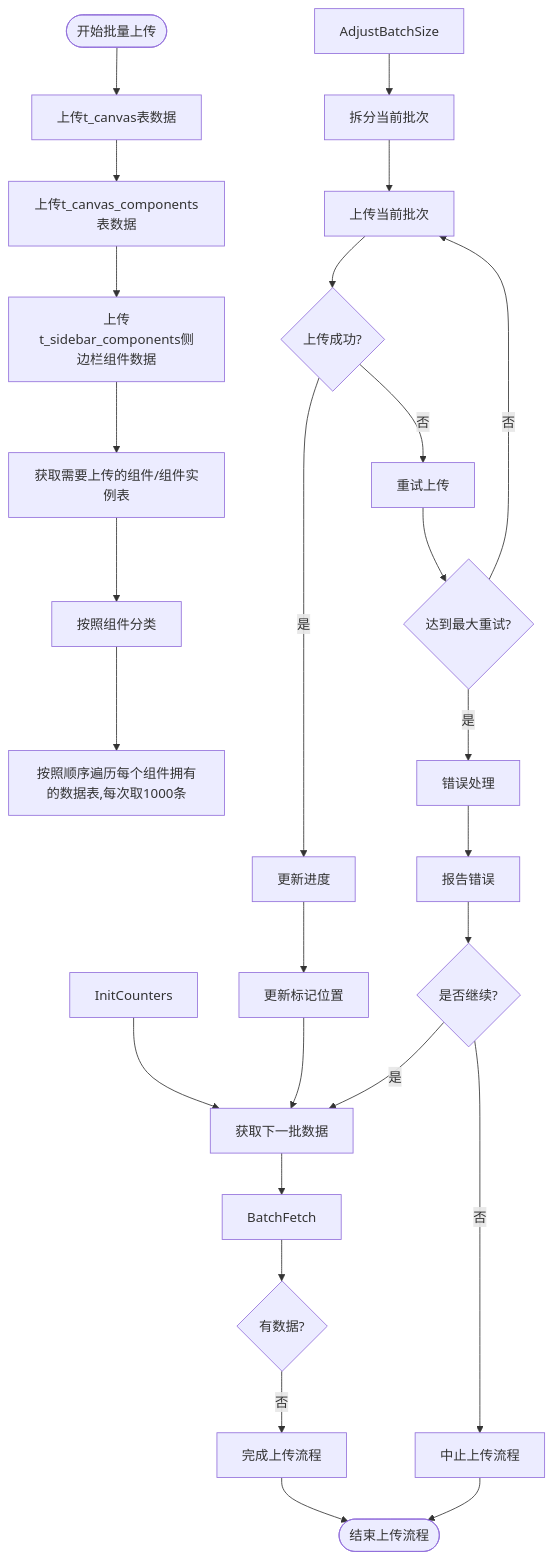
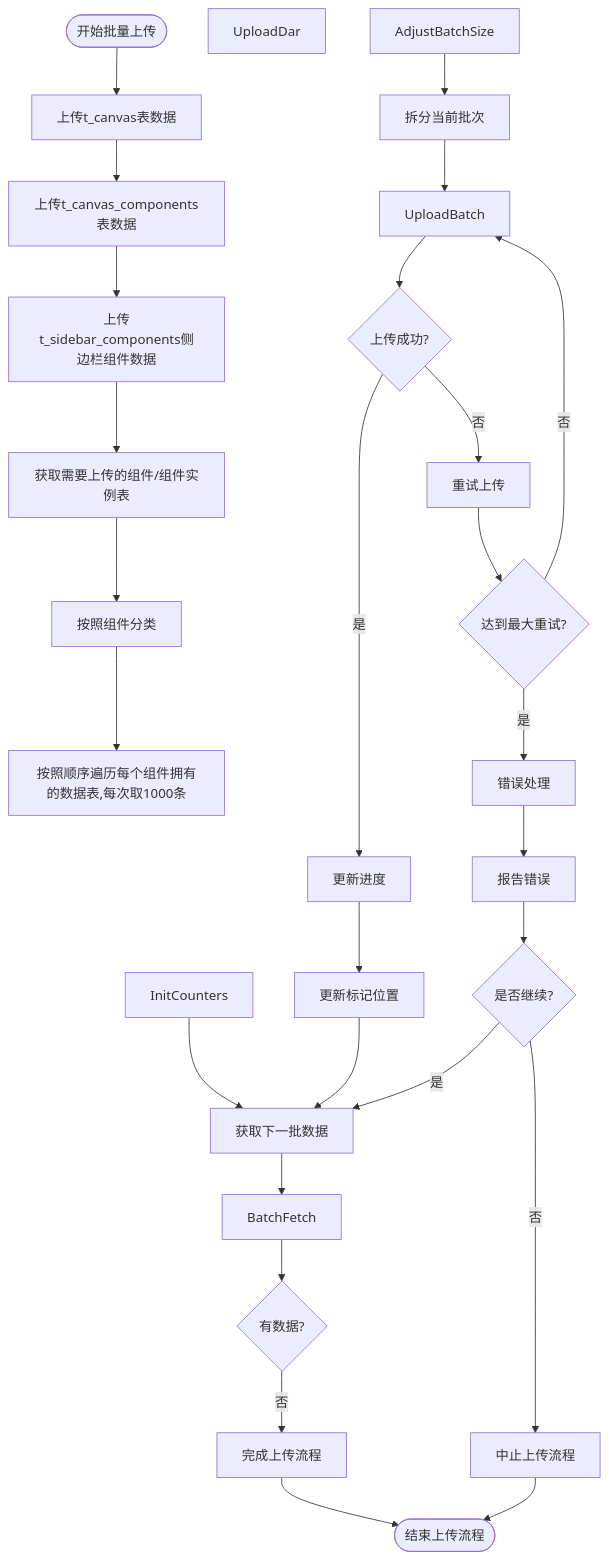
One commit to yingjianzh/iodraw-files changed the diagram in all/未命名-51.md. Above: the diagram before and after it, drawn with Mermaid.

Commit message:
2025-05-08 17:30:14 update

````diff
--- a/all/未命名-51.md
+++ b/all/未命名-51.md
@@ -1,43 +1,44 @@
 ```mermaid
 flowchart TD
     Start([开始批量上传]) --> UploadSpaceData[上传t_canvas表数据]
     UploadSpaceData --> UploadComponentListData[上传t_canvas_components表数据]
     UploadComponentListData --> UploadSiderComponent[上传t_sidebar_components侧边栏组件数据]
     
     UploadSiderComponent --> FetchData[获取需要上传的组件/组件实例表]
 
     FetchData --> ClassifyData[按照组件分类]
 
     ClassifyData --> UploadData[按照顺序遍历每个组件拥有的数据表,每次取1000条]
     
+    UploadDar
     InitCounters --> FetchNextBatch[获取下一批数据]
     
     
     FetchNextBatch --> BatchFetch
     
     BatchFetch --> CheckResults{有数据?}
     CheckResults -->|否| CompleteUpload[完成上传流程]
-     UploadBatch[上传当前批次]
+     
     
     AdjustBatchSize --> SplitBatch[拆分当前批次]
     SplitBatch --> UploadBatch
     
     UploadBatch --> UploadSuccess{上传成功?}
     UploadSuccess -->|是| UpdateProgress[更新进度]
     UploadSuccess -->|否| RetryUpload[重试上传]
     
     RetryUpload --> MaxRetries{达到最大重试?}
     MaxRetries -->|否| UploadBatch
     MaxRetries -->|是| ErrorHandling[错误处理]
     
     ErrorHandling --> ReportError[报告错误]
     ReportError --> ContinueOption{是否继续?}
     ContinueOption -->|是| FetchNextBatch
     ContinueOption -->|否| AbortProcess[中止上传流程]
     
     UpdateProgress --> UpdateMarker[更新标记位置]
     UpdateMarker --> FetchNextBatch
     
     CompleteUpload --> End([结束上传流程])
     AbortProcess --> End
 ```
````
